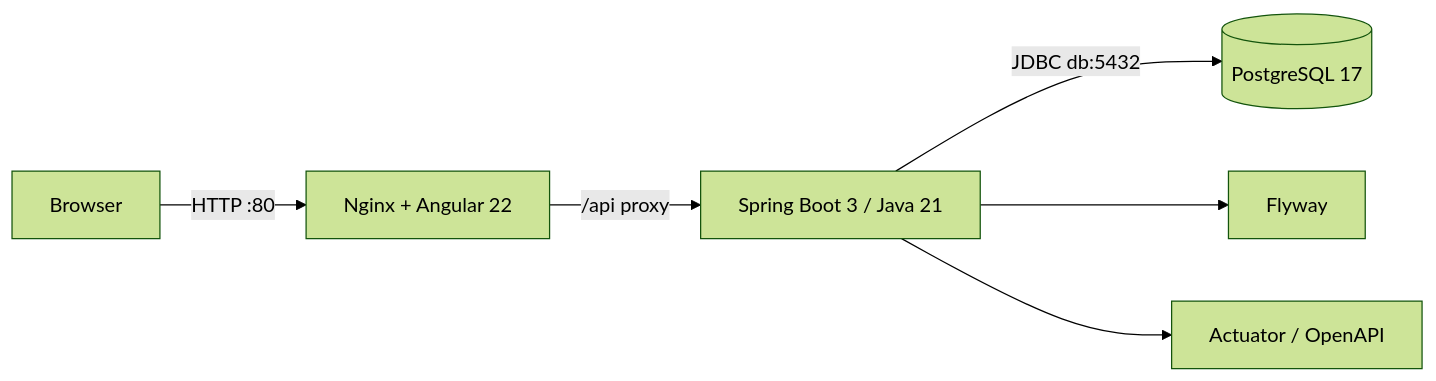
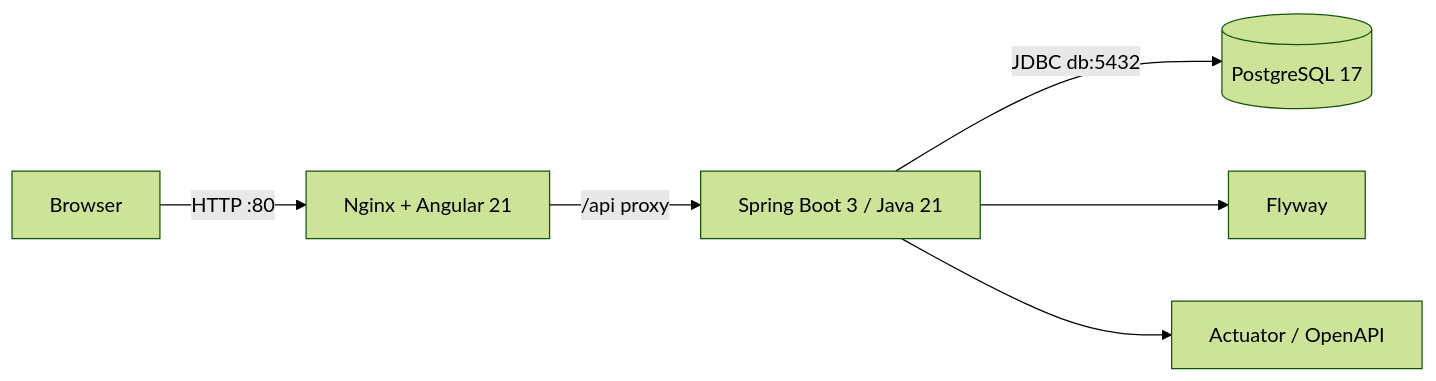
The diagram in README.md (CristhianLagunaM/launchforge), drawn with Mermaid (forest theme) before and after one commit. The commit also changed other lines of this file and 73 other files, not shown here.

````diff
--- a/README.md
+++ b/README.md
@@ -7,8 +7,8 @@
 ```mermaid
 flowchart LR
-    B[Browser] -->|HTTP :80| N[Nginx + Angular 22]
+    B[Browser] -->|HTTP :80| N[Nginx + Angular 21]
     N -->|/api proxy| API[Spring Boot 3 / Java 21]
     API -->|JDBC db:5432| DB[(PostgreSQL 17)]
     API --> F[Flyway]
     API --> H[Actuator / OpenAPI]
 ```
````
